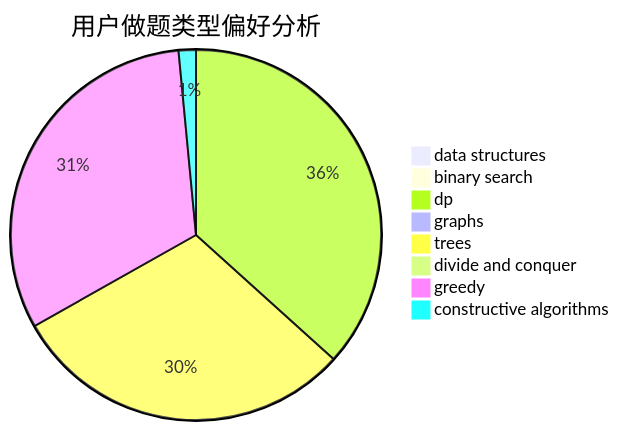
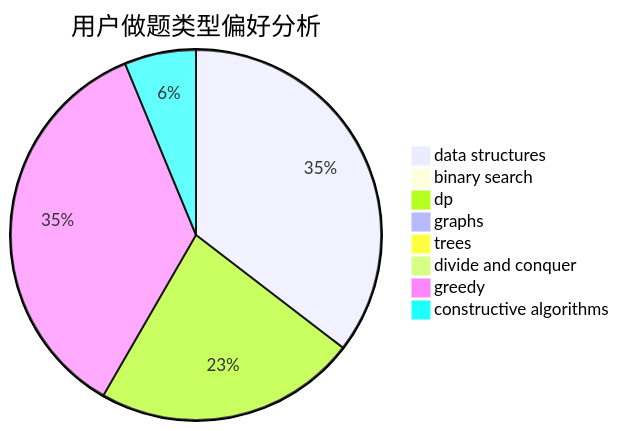
One commit to sherpahu/cfrs.github.io changed the second of 3 diagrams in docs/user/u875.md. Above: the diagram before and after it, drawn with Mermaid. The commit also changed other lines of this file and 2770 other files, not shown here.

````diff
--- a/docs/user/u875.md
+++ b/docs/user/u875.md
@@ -23,11 +23,11 @@
 ```mermaid
 pie title 用户做题类型偏好分析
-    "data structures" :  1
-    "binary search" :  1
-    "dp" :  73
+    "data structures" :  17
+    "binary search" :  0
+    "dp" :  11
     "graphs" :  0
-    "trees" :  60
+    "trees" :  0
     "divide and conquer" :  0
-    "greedy" :  63
+    "greedy" :  17
     "constructive algorithms" :  3
 ```
````
